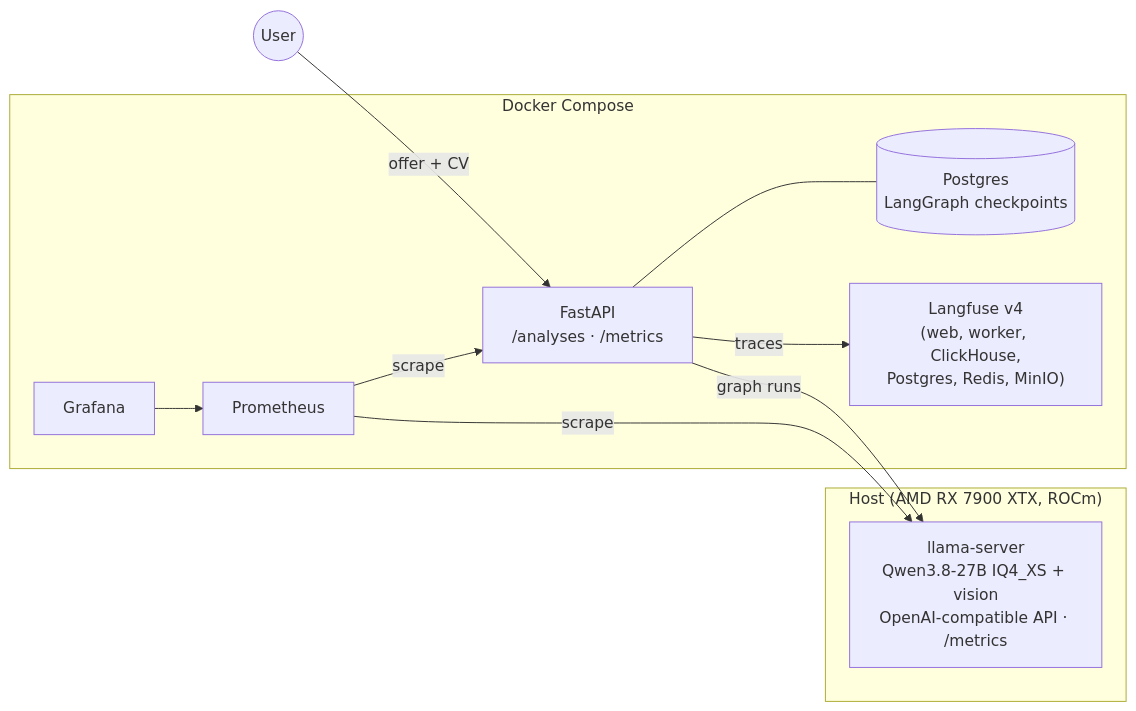
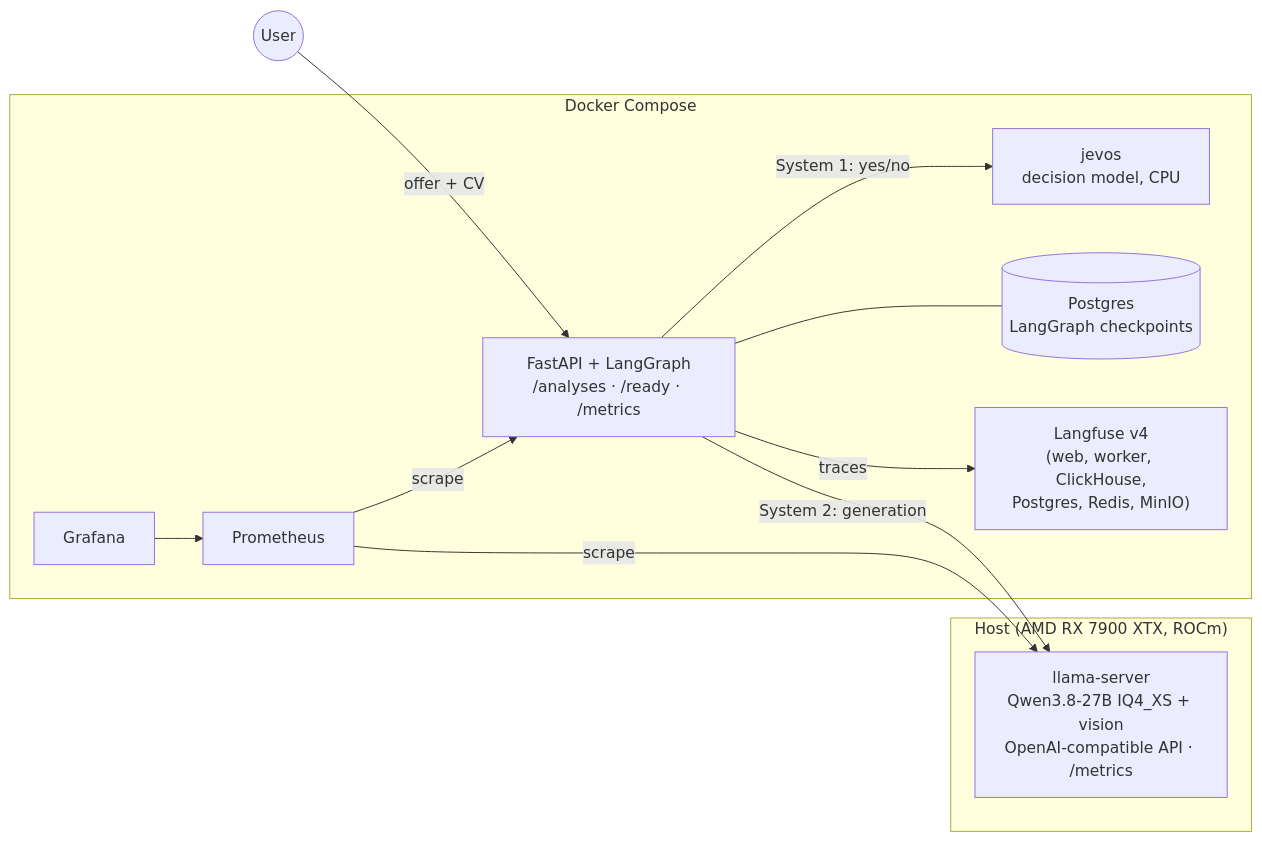
One commit to DHoudetot-Cyril/jobmatch-agent changed the first of 2 diagrams in README.md. Above: the diagram before and after it, drawn with Mermaid. The commit also changed other lines of this file and 12 other files, not shown here.

````diff
--- a/README.md
+++ b/README.md
@@ -28,20 +38,22 @@
 ```mermaid
 flowchart LR
     subgraph Host["Host (AMD RX 7900 XTX, ROCm)"]
         LLM["llama-server<br/>Qwen3.8-27B IQ4_XS + vision<br/>OpenAI-compatible API · /metrics"]
     end
     subgraph Docker["Docker Compose"]
-        API["FastAPI<br/>/analyses · /metrics"]
+        API["FastAPI + LangGraph<br/>/analyses · /ready · /metrics"]
+        JEV["jevos<br/>decision model, CPU"]
         DB[("Postgres<br/>LangGraph checkpoints")]
         LF["Langfuse v4<br/>(web, worker, ClickHouse,<br/>Postgres, Redis, MinIO)"]
         PROM["Prometheus"]
         GRAF["Grafana"]
     end
     User((User)) -->|offer + CV| API
-    API -->|graph runs| LLM
+    API -->|"System 2: generation"| LLM
+    API -->|"System 1: yes/no"| JEV
     API --- DB
     API -->|traces| LF
     PROM -->|scrape| API
     PROM -->|scrape| LLM
     GRAF --> PROM
 ```
````
